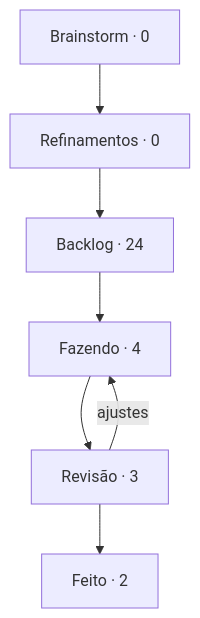
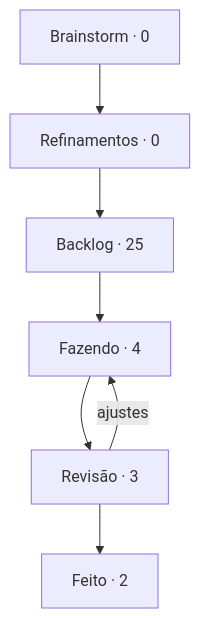
One commit to StudioVibi/VibiKanban changed the diagram in boards/dungeon-bend/BOARD.md. Above: the diagram before and after it, drawn with Mermaid. The commit also changed other lines of this file and 2 other files, not shown here.

````diff
--- a/boards/dungeon-bend/BOARD.md
+++ b/boards/dungeon-bend/BOARD.md
@@ -5,12 +5,12 @@
 ```mermaid
 flowchart TD
   brainstorm["Brainstorm · 0"] --> refinamentos["Refinamentos · 0"]
-  refinamentos --> backlog["Backlog · 24"]
+  refinamentos --> backlog["Backlog · 25"]
   backlog --> doing["Fazendo · 4"]
   doing --> review["Revisão · 3"]
   review --> done["Feito · 2"]
   review -->|ajustes| doing
   doing:::blue
   review:::yellow
   done:::green
 ```
````
